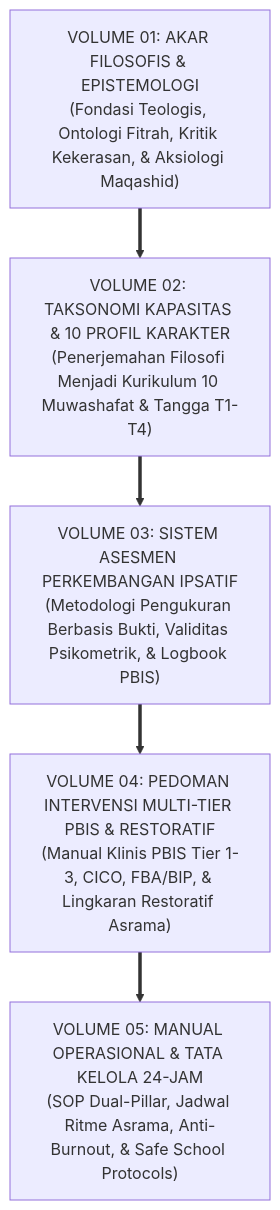
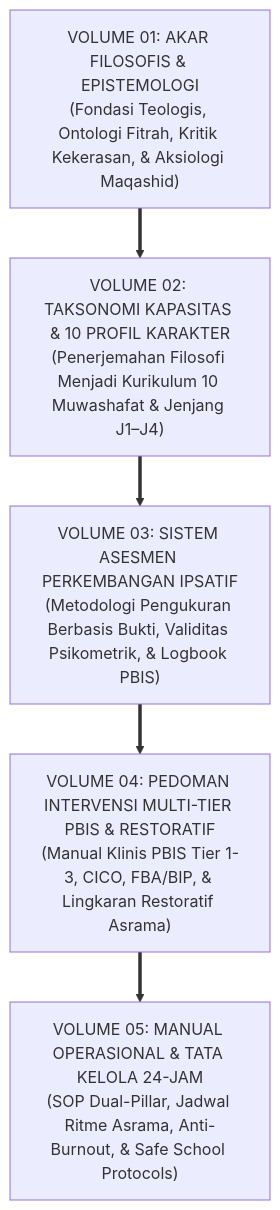
The third of 3 diagrams in BOOK-SERIES/Volume-01/Bab-01-Krisis-Karakter-dan-Urgensi-Rekonstruksi/05-Urgensi-Rekonstruksi-Paradigma-Menuju-TUMBUH.md (wandiapriliyandi/tumbuh), drawn with Mermaid before and after one commit. The commit also changed other lines of this file and 209 other files, not shown here.

````diff
--- a/BOOK-SERIES/Volume-01/Bab-01-Krisis-Karakter-dan-Urgensi-Rekonstruksi/05-Urgensi-Rekonstruksi-Paradigma-Menuju-TUMBUH.md
+++ b/BOOK-SERIES/Volume-01/Bab-01-Krisis-Karakter-dan-Urgensi-Rekonstruksi/05-Urgensi-Rekonstruksi-Paradigma-Menuju-TUMBUH.md
@@ -89,12 +89,12 @@
 ```mermaid
 graph TD
     Vol1["VOLUME 01: AKAR FILOSOFIS & EPISTEMOLOGI<br/>(Fondasi Teologis, Ontologi Fitrah, Kritik Kekerasan, & Aksiologi Maqashid)"]
     
-    Vol1 ==> Vol2["VOLUME 02: TAKSONOMI KAPASITAS & 10 PROFIL KARAKTER<br/>(Penerjemahan Filosofi Menjadi Kurikulum 10 Muwashafat & Tangga T1-T4)"]
+    Vol1 ==> Vol2["VOLUME 02: TAKSONOMI KAPASITAS & 10 PROFIL KARAKTER<br/>(Penerjemahan Filosofi Menjadi Kurikulum 10 Muwashafat & Jenjang J1–J4)"]
     
     Vol2 ==> Vol3["VOLUME 03: SISTEM ASESMEN PERKEMBANGAN IPSATIF<br/>(Metodologi Pengukuran Berbasis Bukti, Validitas Psikometrik, & Logbook PBIS)"]
     
     Vol3 ==> Vol4["VOLUME 04: PEDOMAN INTERVENSI MULTI-TIER PBIS & RESTORATIF<br/>(Manual Klinis PBIS Tier 1-3, CICO, FBA/BIP, & Lingkaran Restoratif Asrama)"]
     
     Vol4 ==> Vol5["VOLUME 05: MANUAL OPERASIONAL & TATA KELOLA 24-JAM<br/>(SOP Dual-Pillar, Jadwal Ritme Asrama, Anti-Burnout, & Safe School Protocols)"]
 ```
````
